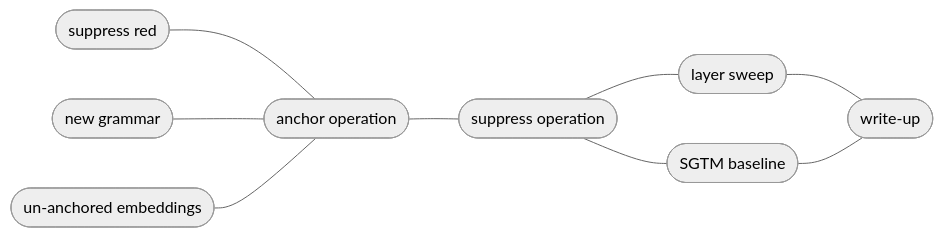
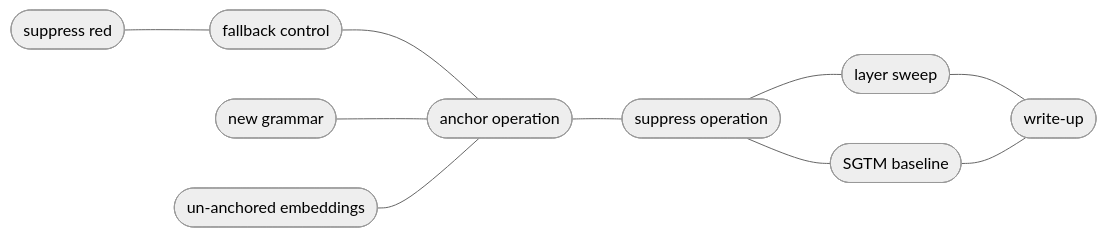
Before and after one commit to z0u/sca2: the diagram in docs/m2/d2.2/design.md, drawn with Mermaid (neutral theme). The commit also changed other lines of this file, not shown here.

````diff
--- a/docs/m2/d2.2/design.md
+++ b/docs/m2/d2.2/design.md
@@ -19,13 +19,15 @@
 ```mermaid
 flowchart LR
-a1(["suppress red"])
+a11(["suppress red"])
+a12(["fallback control"])
 a2(["new grammar"])
 a3(["un-anchored embeddings"])
 c(["anchor operation"])
 d(["suppress operation"])
 e(["layer sweep"])
 f(["SGTM baseline"])
 g(["write-up"])
 
-a1 & a2 & a3 --- c --- d --- e & f --- g
+a11 --- a12
+a12 & a2 & a3 --- c --- d --- e & f --- g
 ```
````
